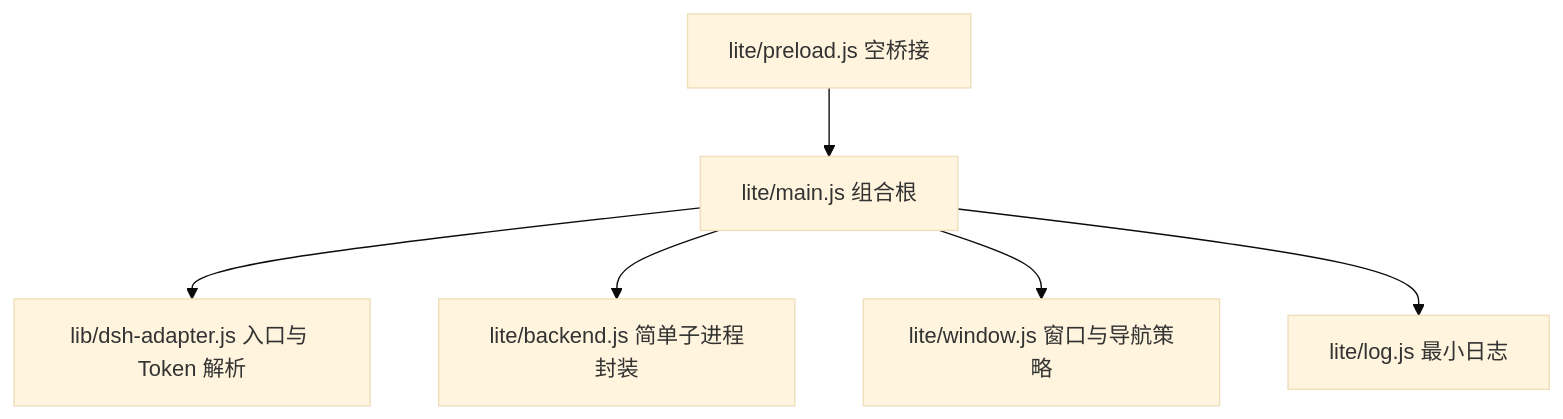
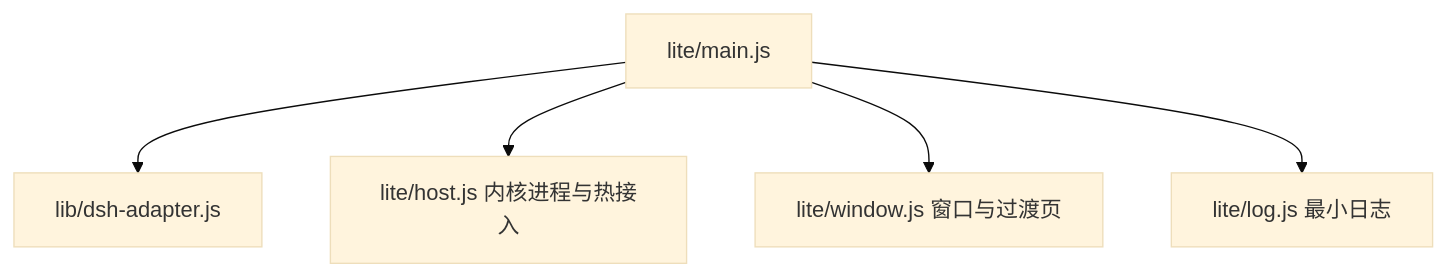
Before and after one commit to renquanpake/deepseek-harness-desktop: the diagram in docs/lite-plan.md, drawn with Mermaid (base theme). The commit also changed other lines of this file, not shown here.

Commit message:
docs: define zero-feature lite shell and warm-attach startup model Co-authored-by: monkeycode-ai <monkeycode-ai@chaitin.com>

````diff
--- a/docs/lite-plan.md
+++ b/docs/lite-plan.md
@@ -73,8 +83,7 @@
 ```mermaid
 graph TD
-  A["lite/main.js 组合根"] --> B["lib/dsh-adapter.js 入口与 Token 解析"]
-  A --> C["lite/backend.js 简单子进程封装"]
-  A --> D["lite/window.js 窗口与导航策略"]
+  A["lite/main.js"] --> B["lib/dsh-adapter.js"]
+  A --> C["lite/host.js 内核进程与热接入"]
+  A --> D["lite/window.js 窗口与过渡页"]
   A --> E["lite/log.js 最小日志"]
-  F["lite/preload.js 空桥接"] --> A
 ```
````
